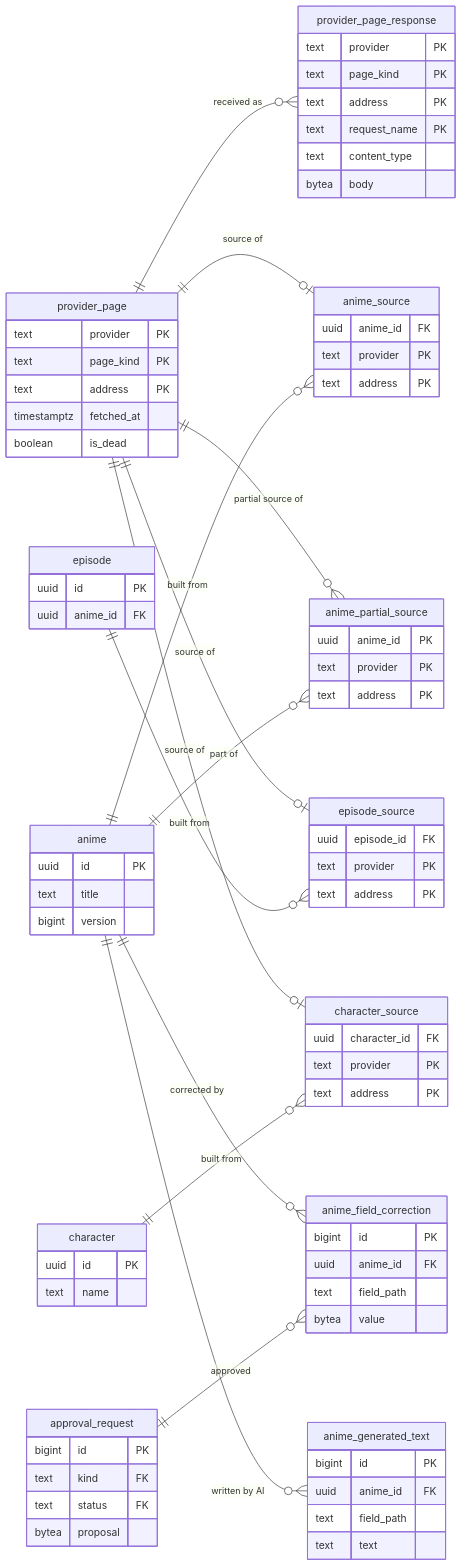
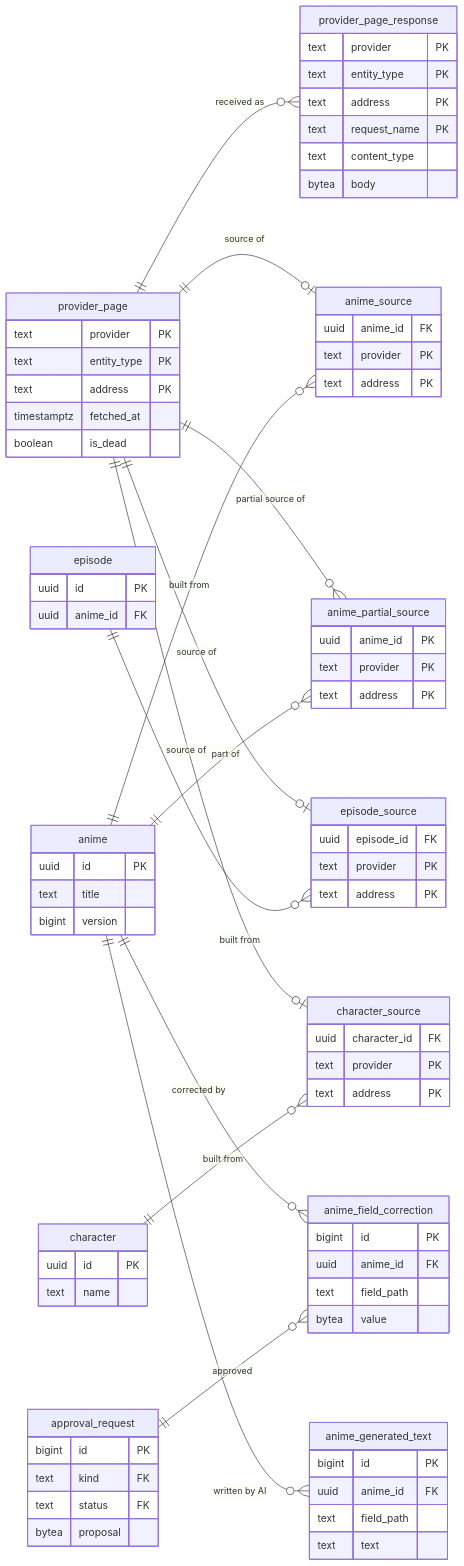
One commit to adnanaq/echora changed the first of 8 diagrams in docs/architecture/Database Schema.md. Above: the diagram before and after it, drawn with Mermaid. The commit also changed other lines of this file and 10 other files, not shown here.

```diff
--- a/docs/architecture/Database Schema.md
+++ b/docs/architecture/Database Schema.md
@@ -64,14 +64,14 @@
 
   provider_page {
     text provider PK
-    text page_kind PK
+    text entity_type PK
     text address PK
     timestamptz fetched_at
     boolean is_dead
   }
   provider_page_response {
     text provider PK
-    text page_kind PK
+    text entity_type PK
     text address PK
     text request_name PK
     text content_type
```
